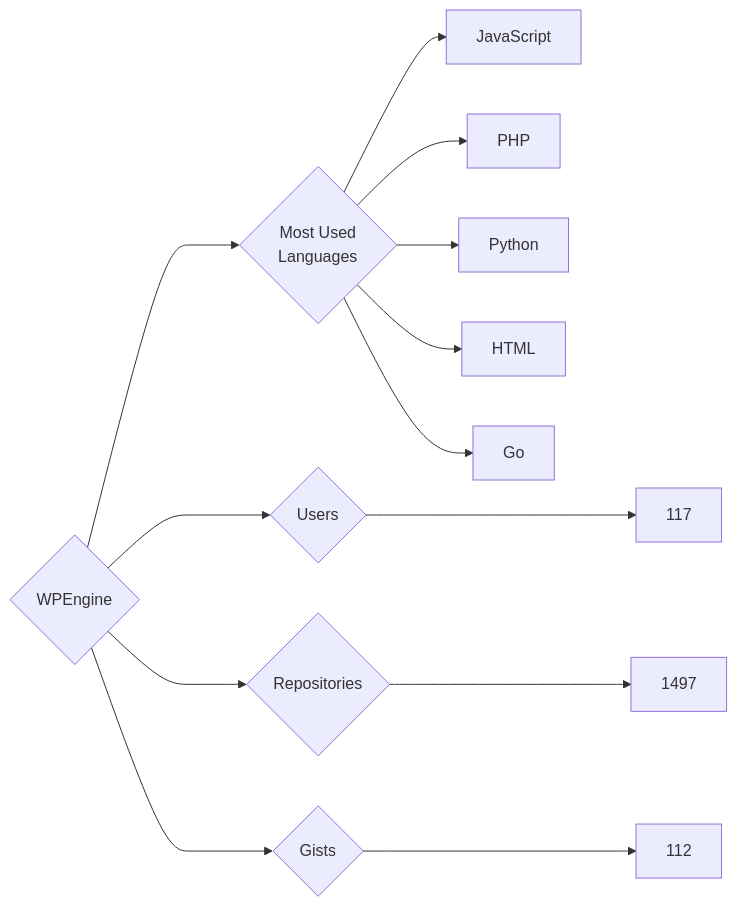
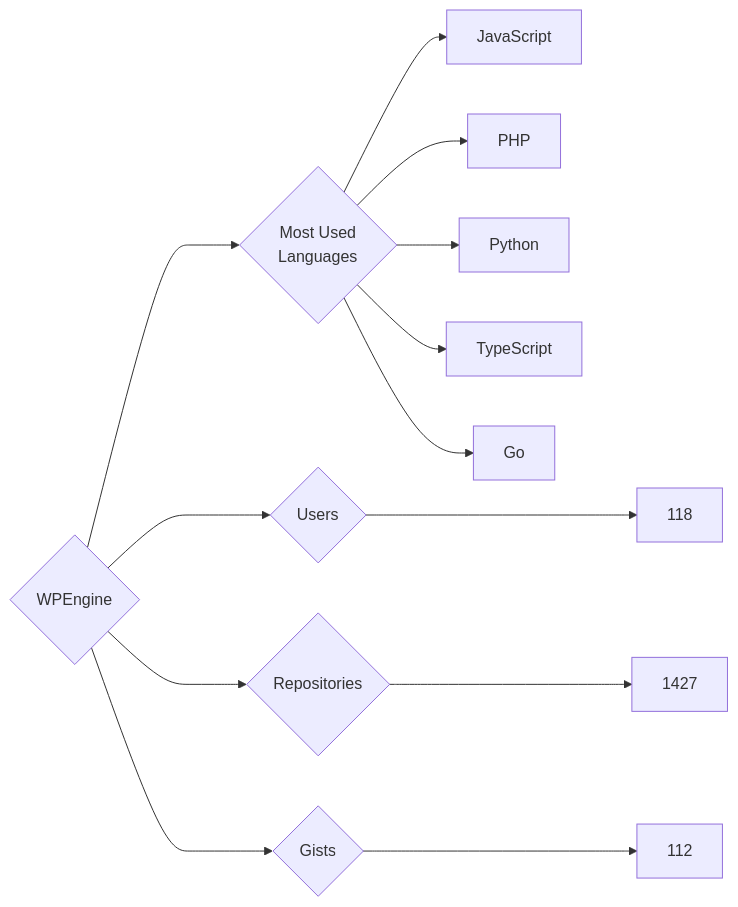
Before and after one commit to trickest/insiders: the diagram in targets/WPEngine/README.md, drawn with Mermaid. The commit also changed 1389 other files, not shown here.

````diff
--- a/targets/WPEngine/README.md
+++ b/targets/WPEngine/README.md
@@ -3,13 +3,13 @@
 ```mermaid
 graph LR
 COMPANY_NAME{WPEngine}
-COMPANY_NAME ---> U{Users} ---> UN[117]
-COMPANY_NAME ---> R{Repositories} ---> RN[1497]
+COMPANY_NAME ---> U{Users} ---> UN[118]
+COMPANY_NAME ---> R{Repositories} ---> RN[1427]
 COMPANY_NAME ---> G{Gists} ---> GN[112]
 COMPANY_NAME ---> ML{Most Used<br>Languages}
 ML --> JavaScript[JavaScript]
 ML --> PHP[PHP]
 ML --> Python[Python]
-ML --> HTML[HTML]
+ML --> TypeScript[TypeScript]
 ML --> Go[Go]
 ```
````
